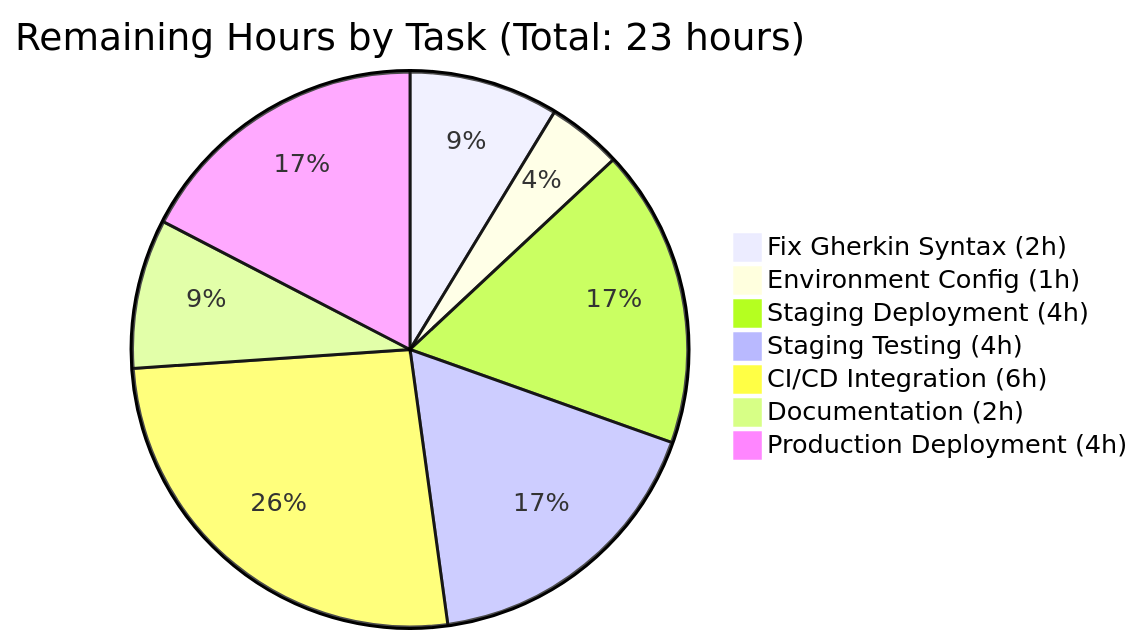
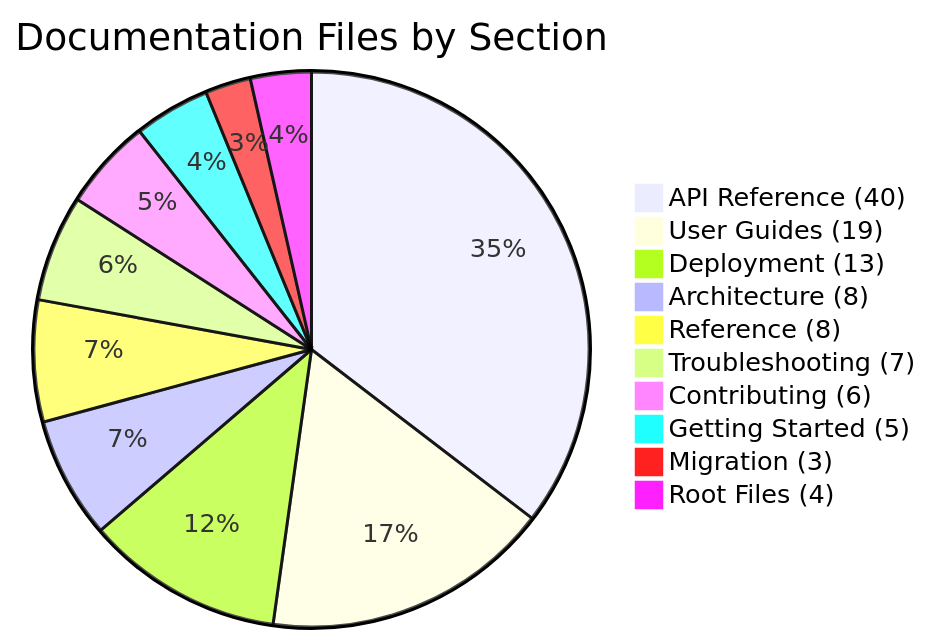
One commit to lakshya-blitzy/RepoSitory_with_multiple_details_12345- changed the second of 4 diagrams in blitzy/documentation/Project Guide.md. Above: the diagram before and after it, drawn with Mermaid. The commit also changed other lines of this file, not shown here.

Commit message:
Adding Blitzy Project Guide: Project Status and Human Tasks Remaining

````diff
--- a/blitzy/documentation/Project Guide.md
+++ b/blitzy/documentation/Project Guide.md
@@ -927,10 +587,13 @@
 ```mermaid
-pie title Remaining Hours by Task (Total: 23 hours)
-    "Fix Gherkin Syntax (2h)" : 2
-    "Environment Config (1h)" : 1
-    "Staging Deployment (4h)" : 4
-    "Staging Testing (4h)" : 4
-    "CI/CD Integration (6h)" : 6
-    "Documentation (2h)" : 2
-    "Production Deployment (4h)" : 4
+pie title Documentation Files by Section
+    "API Reference (40)" : 40
+    "User Guides (19)" : 19
+    "Deployment (13)" : 13
+    "Architecture (8)" : 8
+    "Reference (8)" : 8
+    "Troubleshooting (7)" : 7
+    "Contributing (6)" : 6
+    "Getting Started (5)" : 5
+    "Migration (3)" : 3
+    "Root Files (4)" : 4
 ```
````
